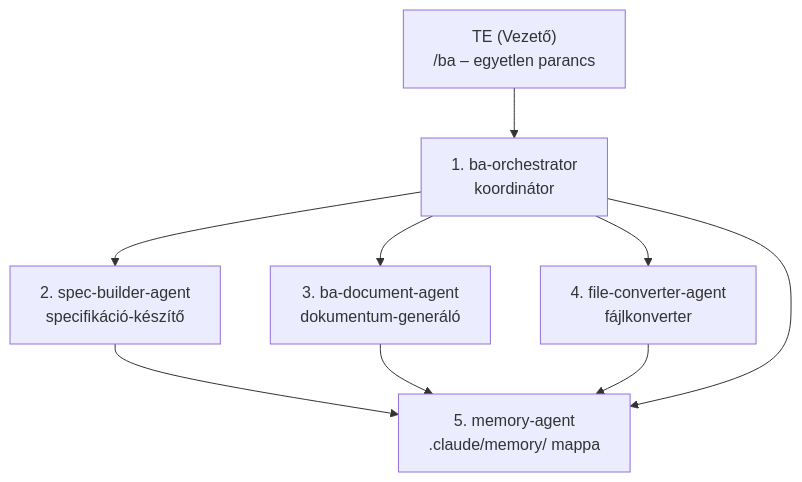
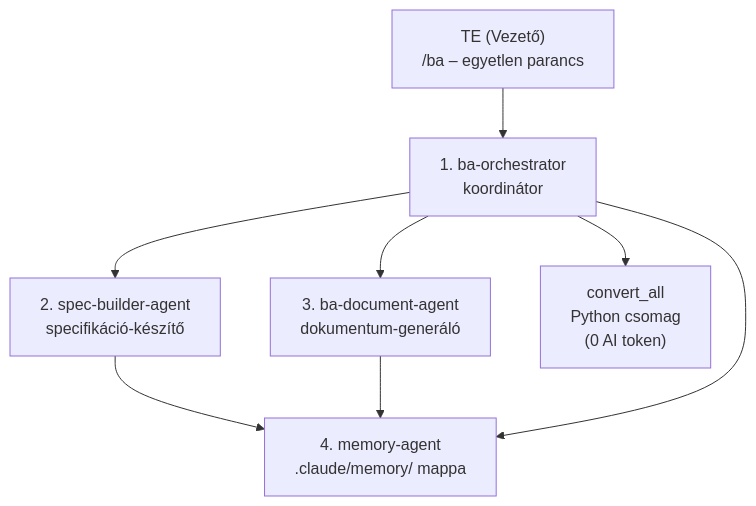
One commit to exphoenee/ba-team-docs changed the first of 2 diagrams in Handbook.md. Above: the diagram before and after it, drawn with Mermaid. The commit also changed other lines of this file and 19 other files, not shown here.

````diff
--- a/Handbook.md
+++ b/Handbook.md
@@ -71,18 +71,17 @@
 ```mermaid
 flowchart TD
     User["TE (Vezető)\n/ba – egyetlen parancs"]
     Orchestrator["1. ba-orchestrator\nkoordinátor"]
     SpecBuilder["2. spec-builder-agent\nspecifikáció-készítő"]
     BADoc["3. ba-document-agent\ndokumentum-generáló"]
-    FileConverter["4. file-converter-agent\nfájlkonverter"]
-    MemoryAgent["5. memory-agent\n.claude/memory/ mappa"]
+    ConvertPkg["convert_all\nPython csomag\n(0 AI token)"]
+    MemoryAgent["4. memory-agent\n.claude/memory/ mappa"]
 
     User --> Orchestrator
     Orchestrator --> SpecBuilder
     Orchestrator --> BADoc
-    Orchestrator --> FileConverter
+    Orchestrator --> ConvertPkg
     SpecBuilder --> MemoryAgent
     BADoc --> MemoryAgent
-    FileConverter --> MemoryAgent
     Orchestrator --> MemoryAgent
 ```
````
